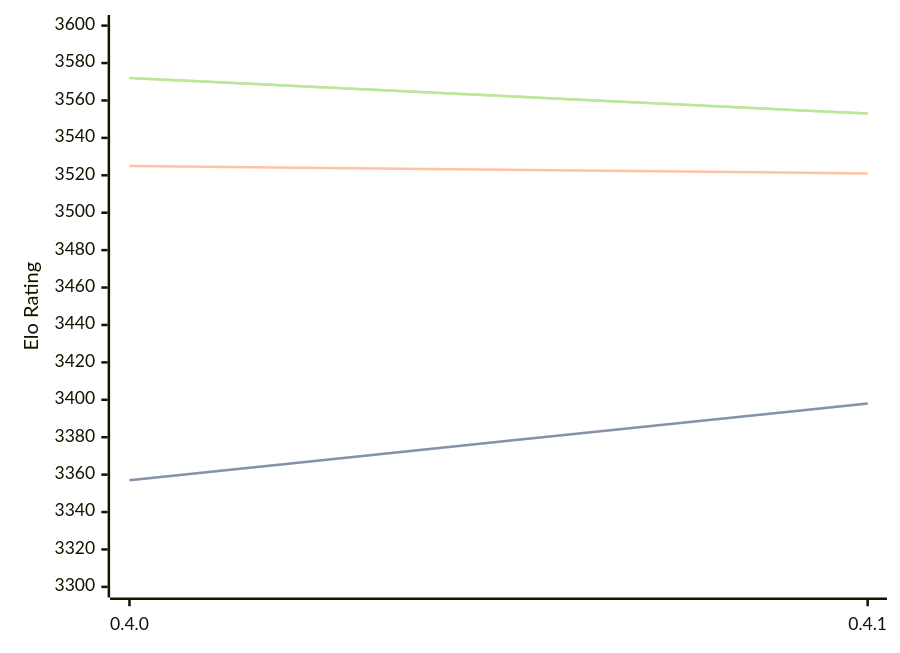
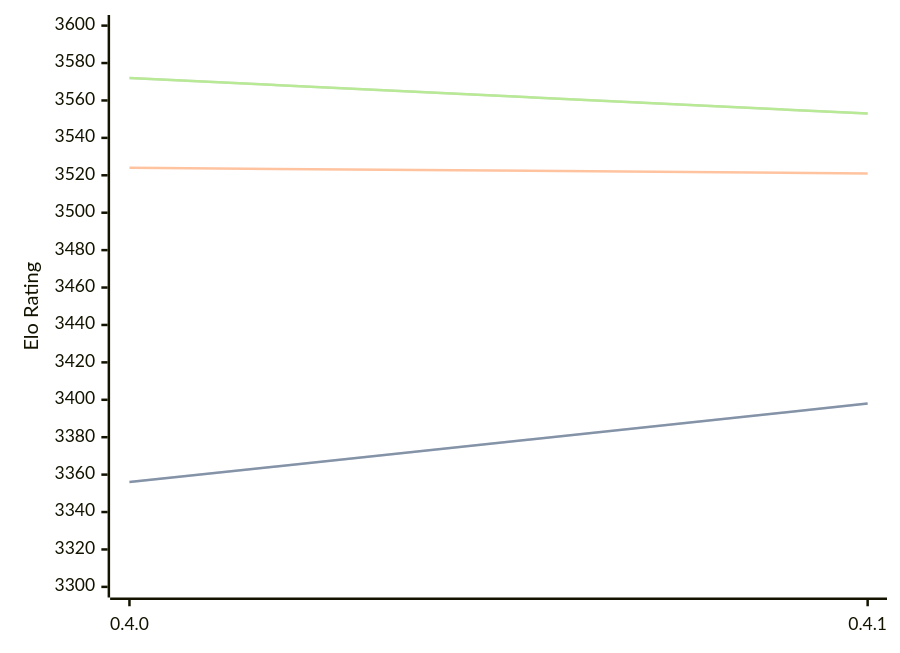
The diagram in engines/Cinder.md (computer-chess-index/cci), drawn with Mermaid before and after one commit. The commit also changed other lines of this file, not shown here.

````diff
--- a/engines/Cinder.md
+++ b/engines/Cinder.md
@@ -40,11 +40,11 @@
 ```mermaid
 %%{init: {"theme":"base","themeVariables":{"seriesColors:['#a3a3a3','#222221','#faa371']}}}%%
 xychart-beta
   x-axis ["0.4.0", "0.4.1"]
   y-axis "Elo Rating" 3300 --> 3600
-  line "STC (8.0+0.08s)" [3357, 3398]
-  line "STC (8.0+0.08s)" [3357, 3398]
-  line "LTC (60.0+0.60s)" [3525, 3521]
+  line "STC (8.0+0.08s)" [3356, 3398]
+  line "STC (8.0+0.08s)" [3356, 3398]
+  line "LTC (60.0+0.60s)" [3524, 3521]
   line "VLTC (2m24s+1.12s)" [3572, 3553]
   line "VLTC (2m24s+1.12s)" [3572, 3553]
 ```
````
